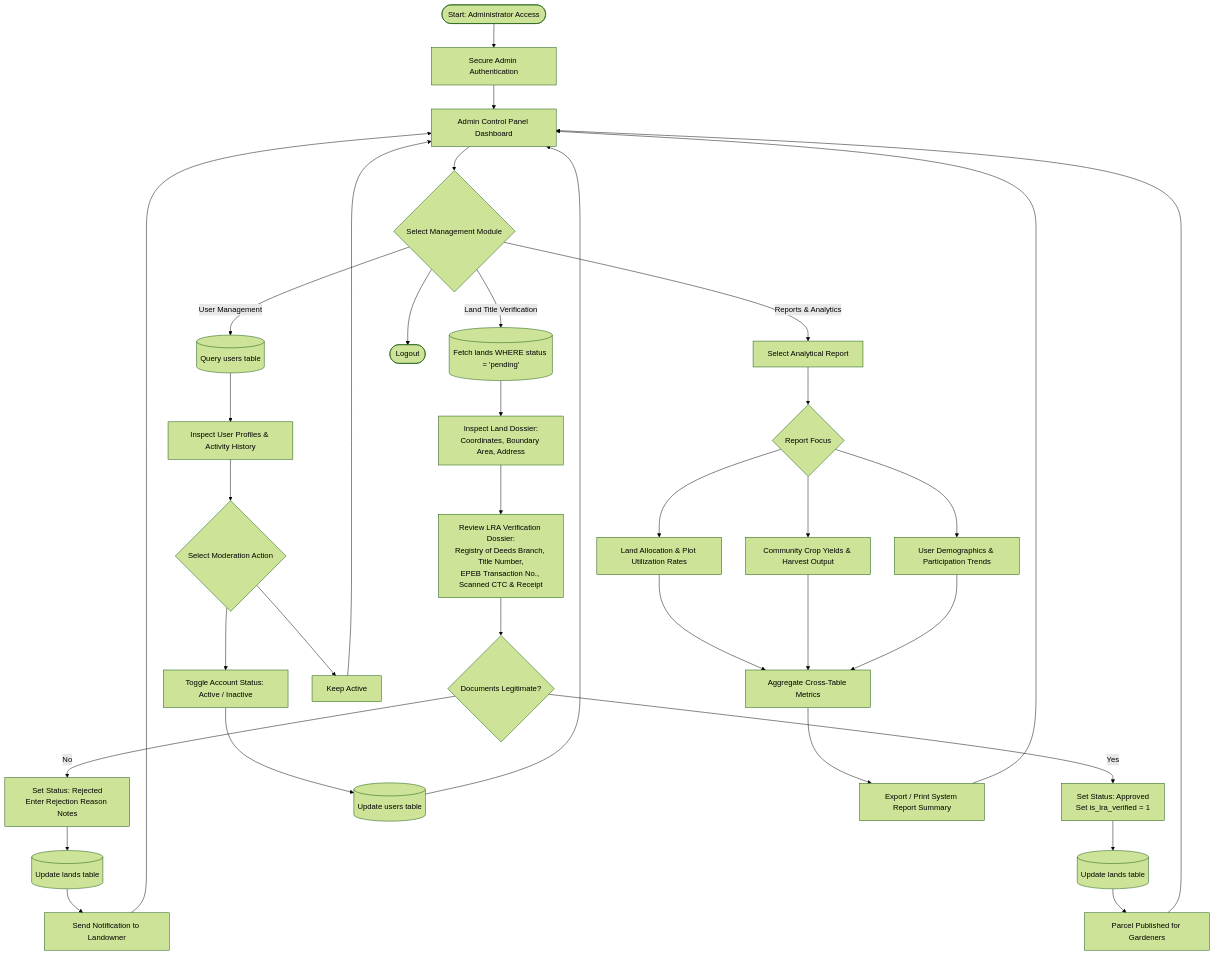
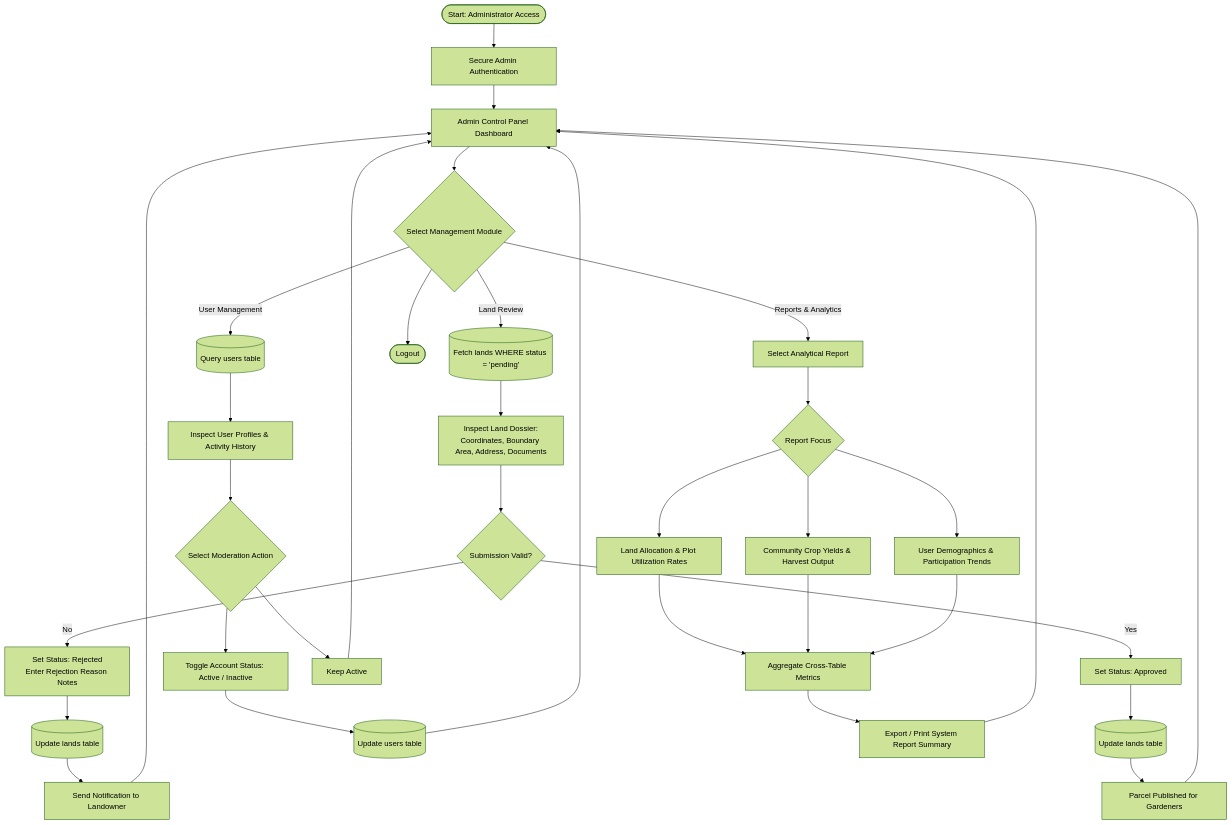
One commit to gioacchinorossini/garden changed the third of 3 diagrams in docs/3.2_System_Process_Flow.md. Above: the diagram before and after it, drawn with Mermaid (forest theme). The commit also changed other lines of this file and 1500 other files, not shown here.

````diff
--- a/docs/3.2_System_Process_Flow.md
+++ b/docs/3.2_System_Process_Flow.md
@@ -120,46 +119,45 @@
 ```mermaid
 flowchart TD
     Start([Start: Administrator Access]) --> AdminLogin[Secure Admin Authentication]
     AdminLogin --> Dashboard[Admin Control Panel Dashboard]
     Dashboard --> AdminModule{Select Management Module}
 
-    %% Land Title Verification Module
-    AdminModule -->|Land Title Verification| FetchPending[(Fetch lands WHERE status = 'pending')]
-    FetchPending --> AuditLand[Inspect Land Dossier:<br/>Coordinates, Boundary Area, Address]
-    AuditLand --> AuditLRA[Review LRA Verification Dossier:<br/>Registry of Deeds Branch, Title Number,<br/>EPEB Transaction No., Scanned CTC & Receipt]
-    AuditLRA --> TitleValid{Documents Legitimate?}
+    %% Land Review Module
+    AdminModule -->|Land Review| FetchPending[(Fetch lands WHERE status = 'pending')]
+    FetchPending --> AuditLand[Inspect Land Dossier:<br/>Coordinates, Boundary Area, Address, Documents]
+    AuditLand --> TitleValid{Submission Valid?}
 
     TitleValid -- No --> RejectLand[Set Status: Rejected<br/>Enter Rejection Reason Notes]
     RejectLand --> SaveRej[(Update lands table)]
     SaveRej --> AlertOwner[Send Notification to Landowner]
     AlertOwner --> Dashboard
 
-    TitleValid -- Yes --> ApproveLand[Set Status: Approved<br/>Set is_lra_verified = 1]
+    TitleValid -- Yes --> ApproveLand[Set Status: Approved]
     ApproveLand --> SaveApp[(Update lands table)]
     SaveApp --> PublishLand[Parcel Published for Gardeners]
     PublishLand --> Dashboard
 
     %% User Management Module
     AdminModule -->|User Management| FetchUsers[(Query users table)]
     FetchUsers --> AuditUsers[Inspect User Profiles & Activity History]
     AuditUsers --> UserAction{Select Moderation Action}
     UserAction --> ToggleStatus[Toggle Account Status: Active / Inactive]
     ToggleStatus --> SaveUserMod[(Update users table)]
     SaveUserMod --> Dashboard
     UserAction --> NoChange[Keep Active] --> Dashboard
 
     %% Reporting & Analytics Module
     AdminModule -->|Reports & Analytics| ChooseReport[Select Analytical Report]
     ChooseReport --> ReportType{Report Focus}
     ReportType --> LandStats[Land Allocation & Plot Utilization Rates]
     ReportType --> YieldStats[Community Crop Yields & Harvest Output]
     ReportType --> UserGrowth[User Demographics & Participation Trends]
 
     LandStats --> GenReport[Aggregate Cross-Table Metrics]
     YieldStats --> GenReport
     UserGrowth --> GenReport
     GenReport --> ExportReport[Export / Print System Report Summary]
     ExportReport --> Dashboard
 
     AdminModule --> Logout([Logout])
 ```
````
